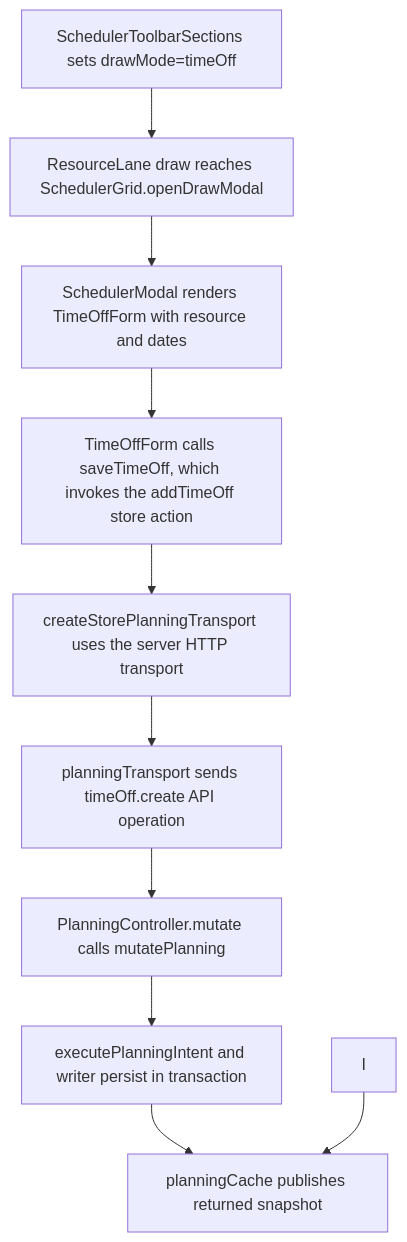
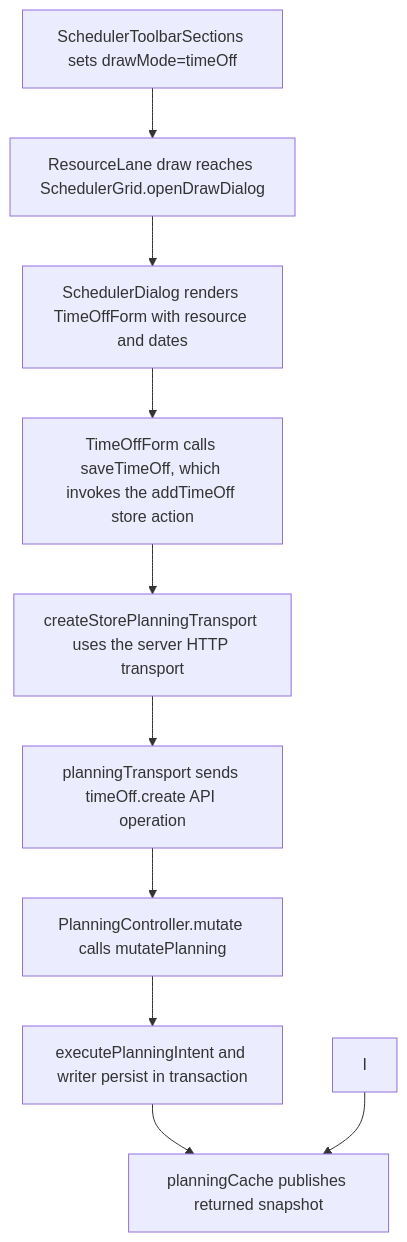
The second of 2 diagrams in user-stories/scheduler/US-SCH-03-draw-time-off.md (Kevinjohn/capacitylens), drawn with Mermaid before and after one commit. The commit also changed 47 other files, not shown here.

First line of the commit message:
Allocation dialog: rename allocation modal files and types

````diff
--- a/user-stories/scheduler/US-SCH-03-draw-time-off.md
+++ b/user-stories/scheduler/US-SCH-03-draw-time-off.md
@@ -39,12 +39,12 @@
 ```mermaid
 flowchart TD
-  A["SchedulerToolbarSections sets drawMode=timeOff"] --> B["ResourceLane draw reaches SchedulerGrid.openDrawModal"]
-  B --> C["SchedulerModal renders TimeOffForm with resource and dates"]
+  A["SchedulerToolbarSections sets drawMode=timeOff"] --> B["ResourceLane draw reaches SchedulerGrid.openDrawDialog"]
+  B --> C["SchedulerDialog renders TimeOffForm with resource and dates"]
   C --> D["TimeOffForm calls saveTimeOff, which invokes the addTimeOff store action"]
   D --> E["createStorePlanningTransport uses the server HTTP transport"]
   E --> F["planningTransport sends timeOff.create API operation"]
   F --> G["PlanningController.mutate calls mutatePlanning"]
   G --> H["executePlanningIntent and writer persist in transaction"]
   H --> J["planningCache publishes returned snapshot"]
   I --> J
 ```
````
